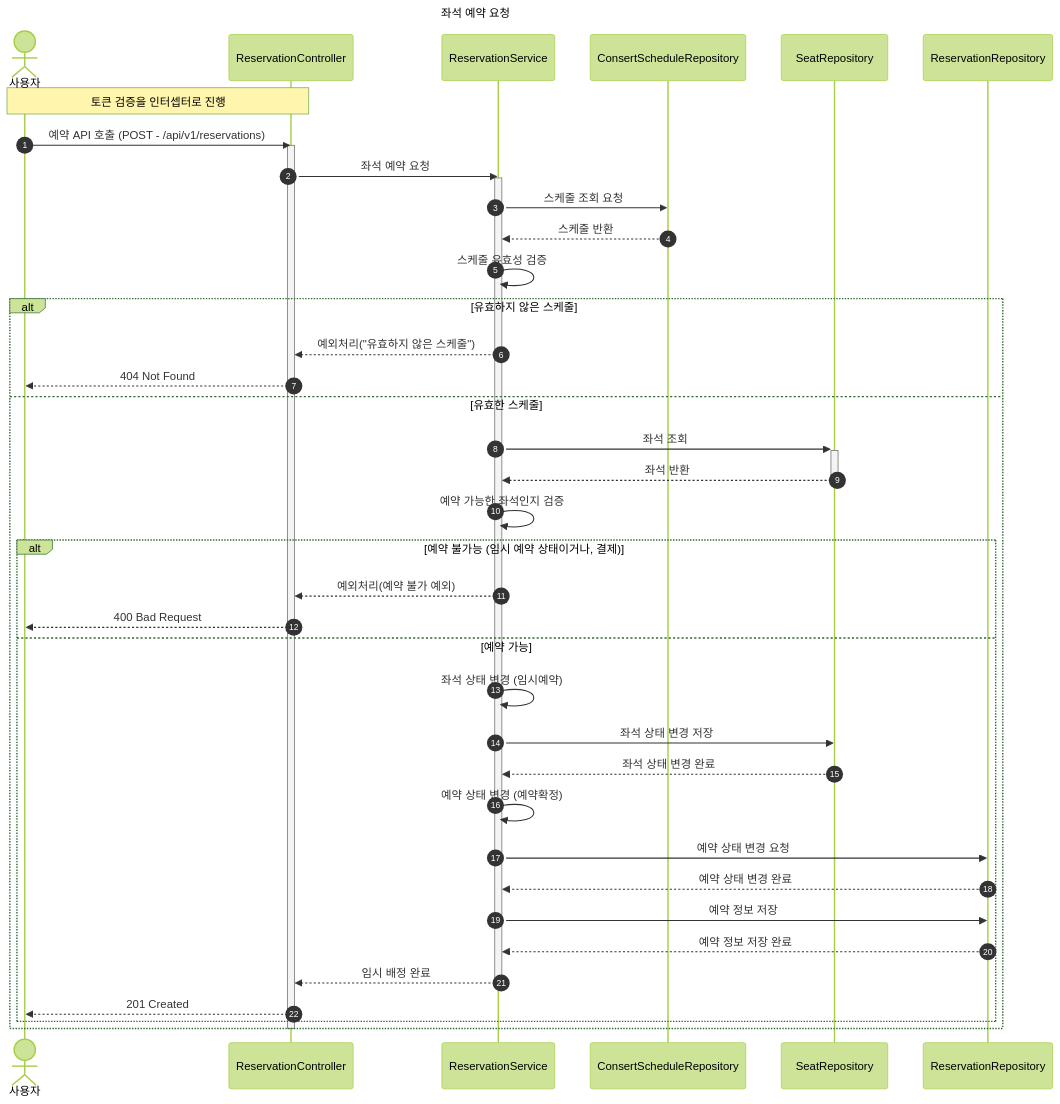
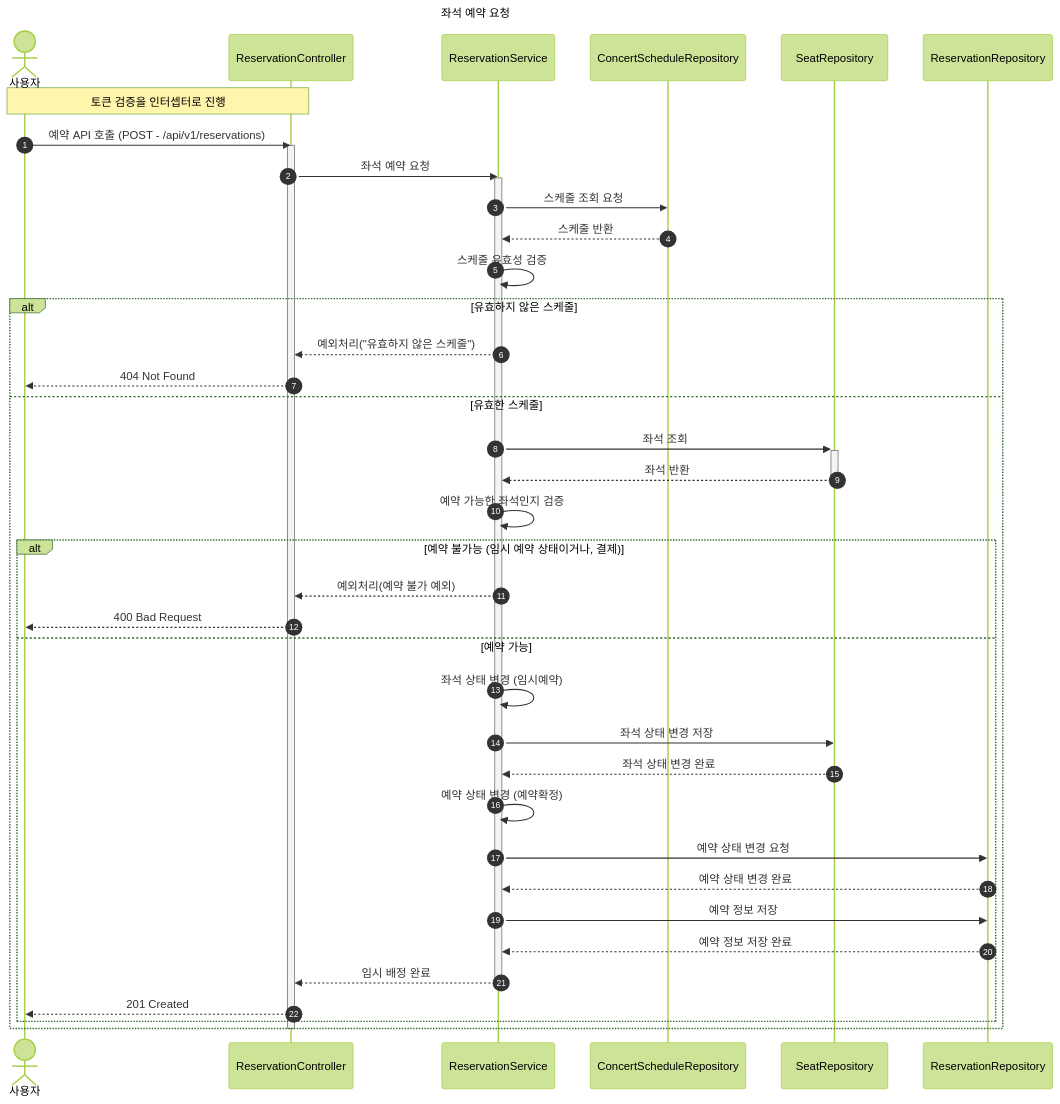
The eighth of 12 diagrams in docs/시퀀스다이어그램.md (CUCU7103/hhplus-server-java), drawn with Mermaid (forest theme) before and after one commit. The commit also changed other lines of this file, not shown here.

First line of the commit message:
[Fix] 시퀀스 다이어그램 수정

````diff
--- a/docs/시퀀스다이어그램.md
+++ b/docs/시퀀스다이어그램.md
@@ -250,50 +322,48 @@
 ```mermaid
 
 sequenceDiagram
-    title 좌석 예약 요청 
+    title 좌석 예약 요청
     autonumber
-    actor 사용자 
+    actor 사용자
     participant API as ReservationController
-    participant Service as ReservationService 
-    participant CS as  ConsertScheduleRepository 
+    participant Service as ReservationService
+    participant CS as ConcertScheduleRepository
     participant CSA as SeatRepository
     participant RS as ReservationRepository
-
-		note over 사용자, API : 토큰 검증을 인터셉터로 진행
+    note over 사용자, API: 토큰 검증을 인터셉터로 진행
     사용자 ->> API: 예약 API 호출 (POST - /api/v1/reservations)
     activate API
-    API ->> Service : 좌석 예약 요청
+    API ->> Service: 좌석 예약 요청
     activate Service
     Service ->> CS: 스케줄 조회 요청
-        CS -->> Service: 스케줄 반환
+    CS -->> Service: 스케줄 반환
     activate CS
     Service ->> Service: 스케줄 유효성 검증
 
-
     alt 유효하지 않은 스케줄
-        Service -->> API : 예외처리("유효하지 않은 스케줄")
+        Service -->> API: 예외처리("유효하지 않은 스케줄")
         API -->> 사용자: 404 Not Found
     else 유효한 스케줄
         Service ->>+ CSA: 좌석 조회
         CSA -->>- Service: 좌석 반환
-        Service ->> Service : 예약 가능한 좌석인지 검증
+        Service ->> Service: 예약 가능한 좌석인지 검증
         alt 예약 불가능 (임시 예약 상태이거나, 결제)
             Service -->> API: 예외처리(예약 불가 예외)
-            API -->> 사용자:  400 Bad Request
-        else 예약 가능 
+            API -->> 사용자: 400 Bad Request
+        else 예약 가능
             Service ->> Service: 좌석 상태 변경 (임시예약)
             Service ->> CSA: 좌석 상태 변경 저장
-            CSA -->> Service : 좌석 상태 변경 완료
-            Service ->> Service : 예약 상태 변경 (예약확정)
-			      Service ->> RS : 예약 상태 변경 요청 
-			      RS -->> Service : 예약 상태 변경 완료
-            Service ->> RS : 예약 정보 저장
-            RS -->> Service : 예약 정보 저장 완료
+            CSA -->> Service: 좌석 상태 변경 완료
+            Service ->> Service: 예약 상태 변경 (예약확정)
+            Service ->> RS: 예약 상태 변경 요청
+            RS -->> Service: 예약 상태 변경 완료
+            Service ->> RS: 예약 정보 저장
+            RS -->> Service: 예약 정보 저장 완료
             Service -->> API: 임시 배정 완료
             deactivate Service
             API -->> 사용자: 201 Created
         end
     end
     deactivate API
 
 ```
````
